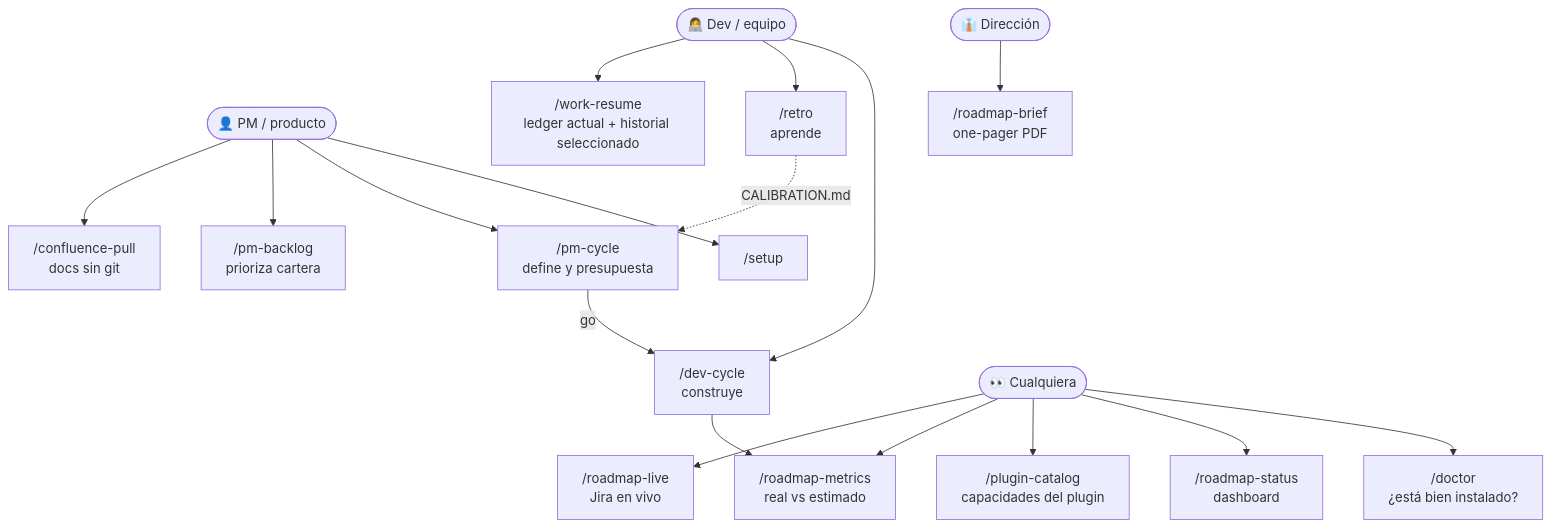
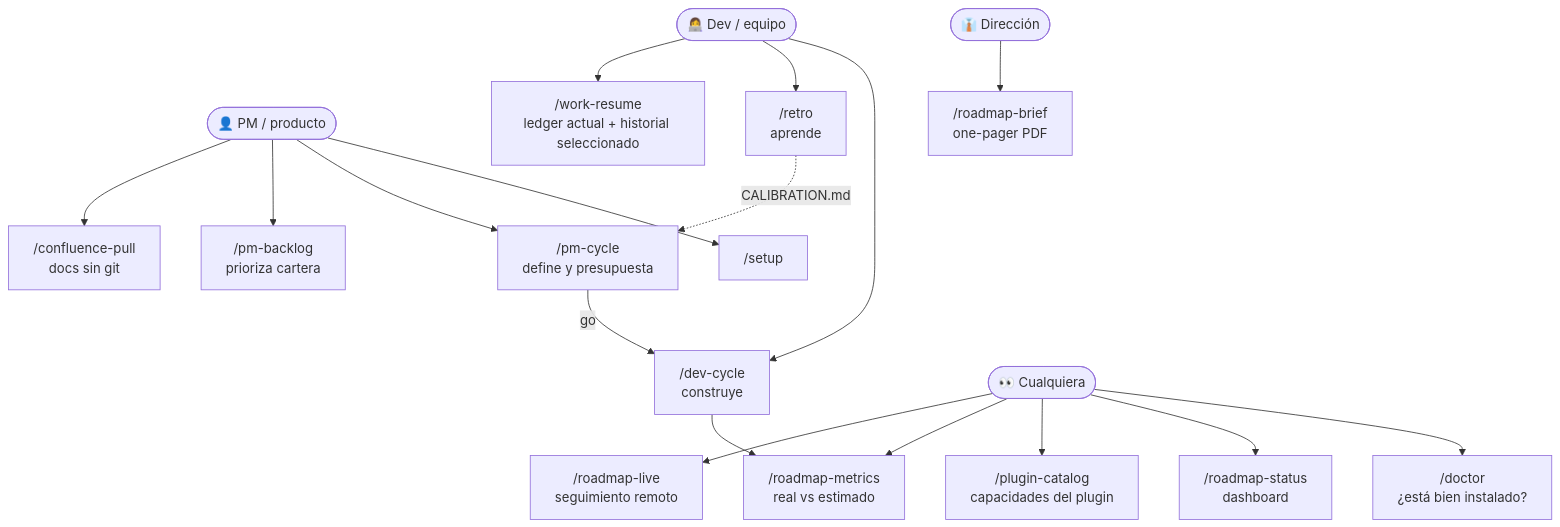
The first of 26 diagrams in docs/FLOWS.md (daycry/custom-agents), drawn with Mermaid before and after one commit. The commit also changed other lines of this file and 131 other files, not shown here.

````diff
--- a/docs/FLOWS.md
+++ b/docs/FLOWS.md
@@ -12,19 +20,19 @@
 ```mermaid
 flowchart TD
     PM(["👤 PM / producto"]) --> S0["/setup"]
     PM --> P1["/pm-cycle<br/>define y presupuesta"]
     PM --> P2["/pm-backlog<br/>prioriza cartera"]
     PM --> P3["/confluence-pull<br/>docs sin git"]
     DEV(["👩‍💻 Dev / equipo"]) --> D1["/dev-cycle<br/>construye"]
     DEV --> D2["/retro<br/>aprende"]
     DEV --> D3["/work-resume<br/>ledger actual + historial seleccionado"]
     DIR(["👔 Dirección"]) --> V1["/roadmap-brief<br/>one-pager PDF"]
     TODOS(["👀 Cualquiera"]) --> V0["/doctor<br/>¿está bien instalado?"]
     TODOS --> V2["/roadmap-status<br/>dashboard"]
     TODOS --> V5["/plugin-catalog<br/>capacidades del plugin"]
     TODOS --> V3["/roadmap-metrics<br/>real vs estimado"]
-    TODOS --> V4["/roadmap-live<br/>Jira en vivo"]
+    TODOS --> V4["/roadmap-live<br/>seguimiento remoto"]
     P1 -->|go| D1
     D1 --> V3
     D2 -.->|CALIBRATION.md| P1
 ```
````
